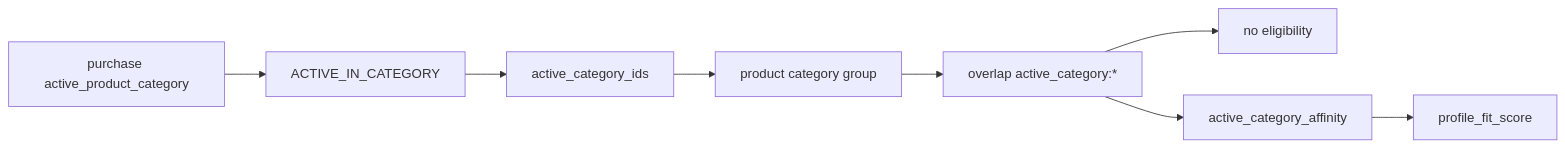
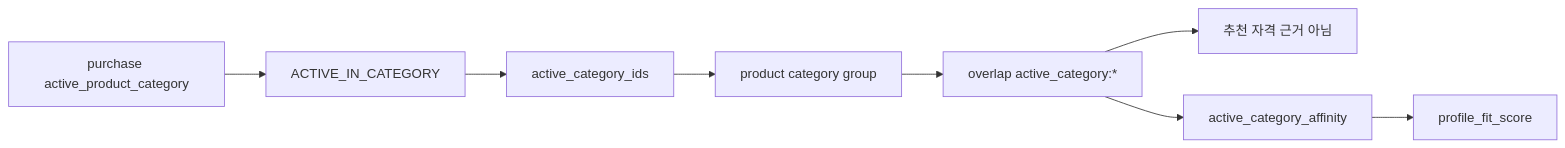
Before and after one commit to moreHS/GraphRapping: the fourth of 10 diagrams in docs/architecture/recommendation_signal_flow_2026_06_23.md, drawn with Mermaid. The commit also changed other lines of this file, not shown here.

Commit message:
docs: localize recommendation signal flow

````diff
--- a/docs/architecture/recommendation_signal_flow_2026_06_23.md
+++ b/docs/architecture/recommendation_signal_flow_2026_06_23.md
@@ -197,10 +199,10 @@
 ```mermaid
 flowchart LR
     A["purchase active_product_category"] --> B["ACTIVE_IN_CATEGORY"]
     B --> C["active_category_ids"]
     C --> D["product category group"]
     D --> E["overlap active_category:*"]
-    E --> F["no eligibility"]
+    E --> F["추천 자격 근거 아님"]
     E --> G["active_category_affinity"]
     G --> H["profile_fit_score"]
 ```
````
